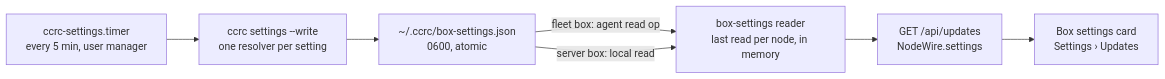
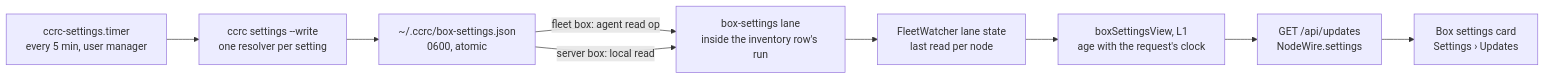
One commit to Synapsium-Labs/ccrc-pwa changed the diagram in docs/superpowers/specs/2026-10-25-box-settings-view-design.md. Above: the diagram before and after it, drawn with Mermaid. The commit also changed other lines of this file and 2 other files, not shown here.

Commit message:
docs: box settings spec revision 3, in line with the architecture refactor; run 946's mid-wave corrections

````diff
--- a/docs/superpowers/specs/2026-10-25-box-settings-view-design.md
+++ b/docs/superpowers/specs/2026-10-25-box-settings-view-design.md
@@ -45,9 +55,11 @@
 ```mermaid
 flowchart LR
   T["ccrc-settings.timer<br/>every 5 min, user manager"] --> C["ccrc settings --write<br/>one resolver per setting"]
   C --> F["~/.ccrc/box-settings.json<br/>0600, atomic"]
-  F -- "fleet box: agent read op" --> R["box-settings reader<br/>last read per node, in memory"]
-  F -- "server box: local read" --> R
-  R --> G["GET /api/updates<br/>NodeWire.settings"]
+  F -- "fleet box: agent read op" --> L["box-settings lane<br/>inside the inventory row's run"]
+  F -- "server box: local read" --> L
+  L --> S["FleetWatcher lane state<br/>last read per node"]
+  S --> V["boxSettingsView, L1<br/>age with the request's clock"]
+  V --> G["GET /api/updates<br/>NodeWire.settings"]
   G --> P["Box settings card<br/>Settings › Updates"]
 ```
````
